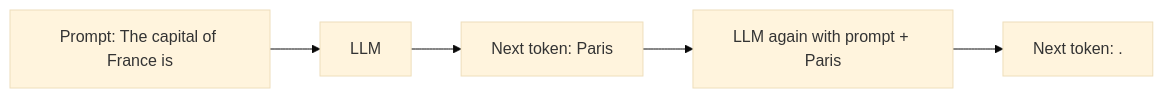
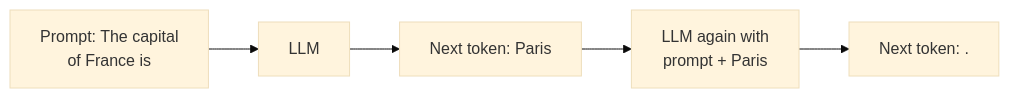
The first of 2 diagrams in 01. Naive RAG/notes/01. Basic Concepts/02. Why LLMs Need RAG.md (ajay-nikumbh/RAG-From-Basics-to-Production), drawn with Mermaid (base theme) before and after one commit. The commit also changed other lines of this file and 38 other files, not shown here.

First line of the commit message:
Group root README by pattern, widen tables, wrap diagram labels

````diff
--- a/01. Naive RAG/notes/01. Basic Concepts/02. Why LLMs Need RAG.md
+++ b/01. Naive RAG/notes/01. Basic Concepts/02. Why LLMs Need RAG.md
@@ -15,7 +15,7 @@
 ```mermaid
 flowchart LR
-    P["Prompt: The capital of France is"] --> M[LLM]
+    P["Prompt: The capital<br/>of France is"] --> M[LLM]
     M --> T1["Next token: Paris"]
-    T1 --> M2[LLM again with prompt + Paris]
+    T1 --> M2[LLM again with<br/>prompt + Paris]
     M2 --> T2["Next token: ."]
 ```
````
